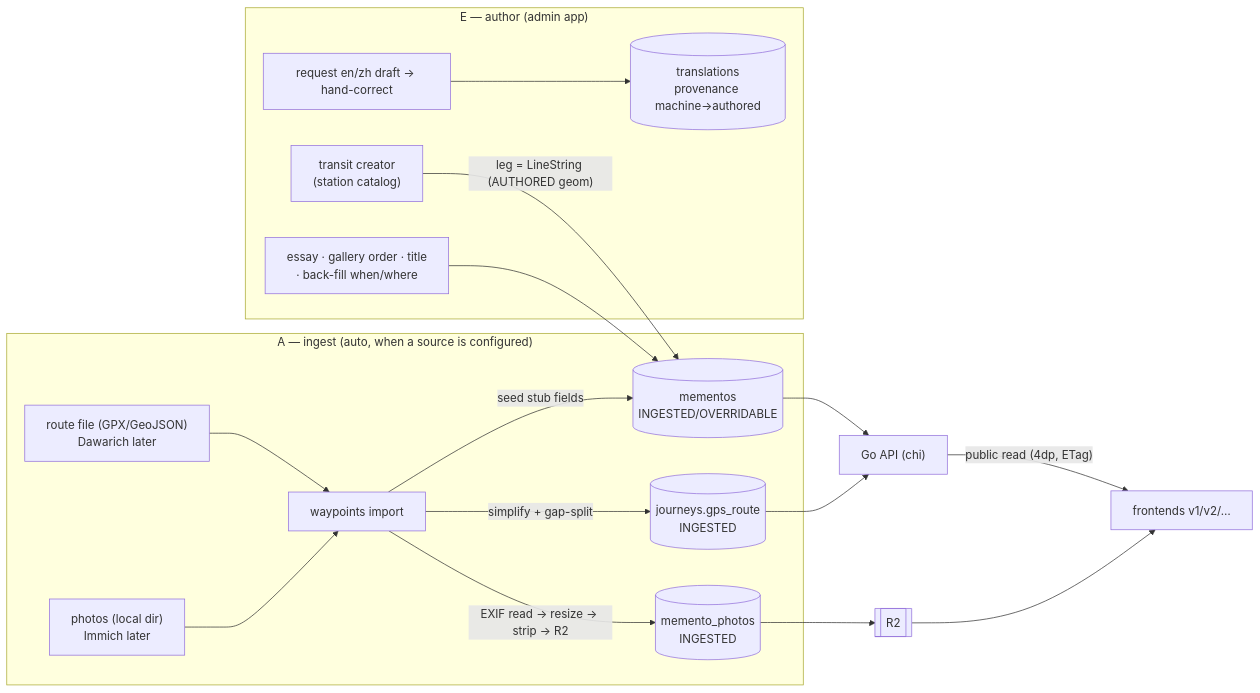
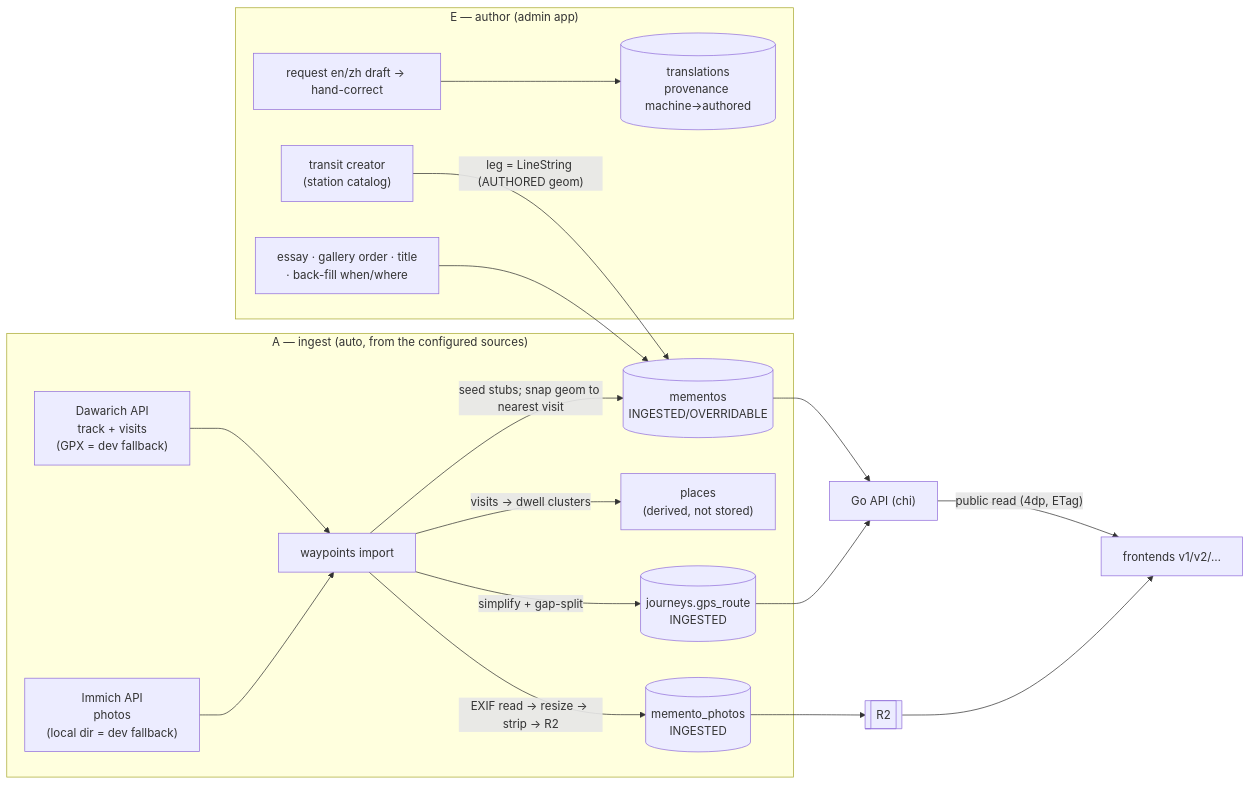
One commit to azusachino/felicia changed the second of 2 diagrams in docs/research/data-model.md. Above: the diagram before and after it, drawn with Mermaid. The commit also changed other lines of this file and 1 other file, not shown here.

First line of the commit message:
docs: reconcile data model with Dawarich (place = derived visit)

````diff
--- a/docs/research/data-model.md
+++ b/docs/research/data-model.md
@@ -188,20 +219,21 @@
 ```mermaid
 flowchart LR
-  subgraph A["A — ingest (auto, when a source is configured)"]
-    route["route file (GPX/GeoJSON)\nDawarich later"] --> imp["waypoints import"]
-    photos["photos (local dir)\nImmich later"] --> imp
+  subgraph A["A — ingest (auto, from the configured sources)"]
+    daw["Dawarich API\ntrack + visits\n(GPX = dev fallback)"] --> imp["waypoints import"]
+    photos["Immich API\nphotos\n(local dir = dev fallback)"] --> imp
     imp -->|"simplify + gap-split"| gr[("journeys.gps_route\nINGESTED")]
+    imp -->|"visits → dwell clusters"| pl["places\n(derived, not stored)"]
     imp -->|"EXIF read → resize → strip → R2"| ph[("memento_photos\nINGESTED")]
-    imp -->|"seed stub fields"| mo[("mementos\nINGESTED/OVERRIDABLE")]
+    imp -->|"seed stubs; snap geom to nearest visit"| mo[("mementos\nINGESTED/OVERRIDABLE")]
   end
   subgraph E["E — author (admin app)"]
     tc["transit creator\n(station catalog)"] -->|"leg = LineString (AUTHORED geom)"| mo
     au["essay · gallery order · title\n· back-fill when/where"] --> mo
     tr["request en/zh draft → hand-correct"] --> tx[("translations\nprovenance machine→authored")]
   end
   mo --> api["Go API (chi)"]
   gr --> api
   ph --> obj[["R2"]]
   api -->|"public read (4dp, ETag)"| pub["frontends v1/v2/…"]
   obj --> pub
 ```
````
